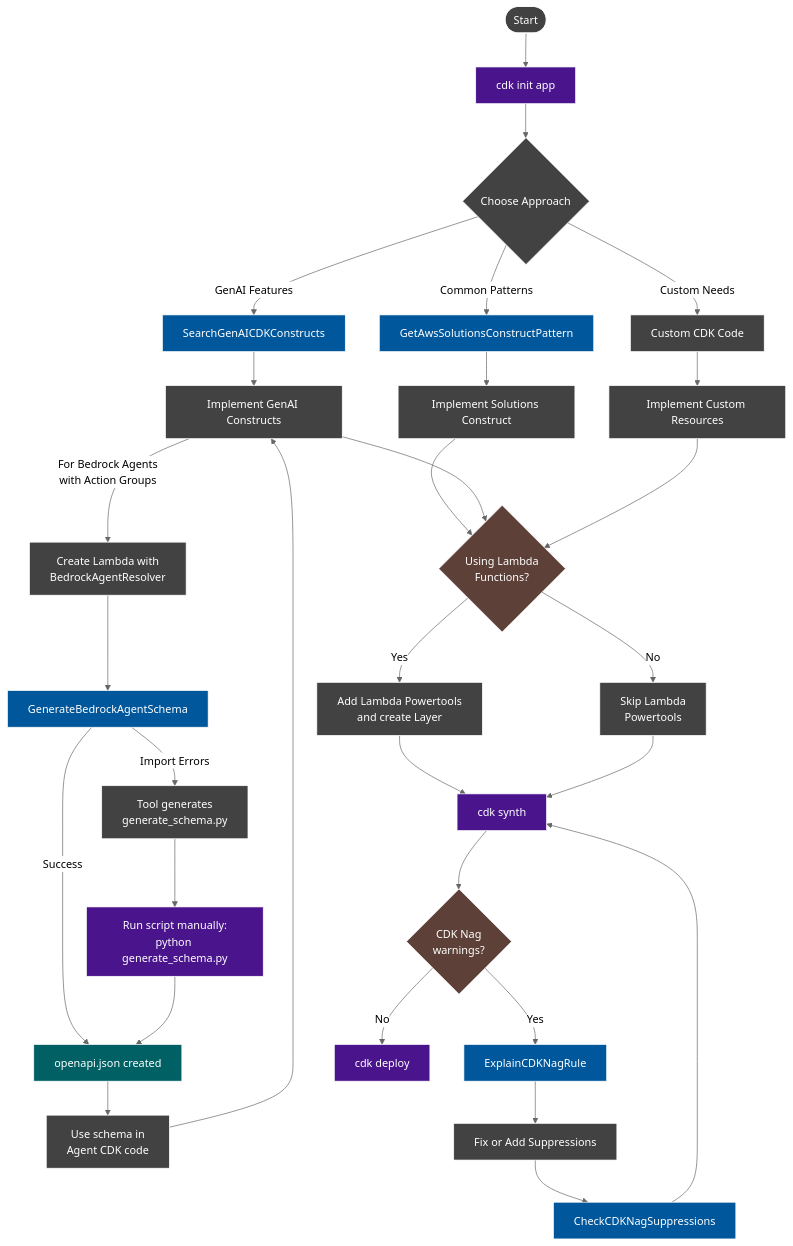
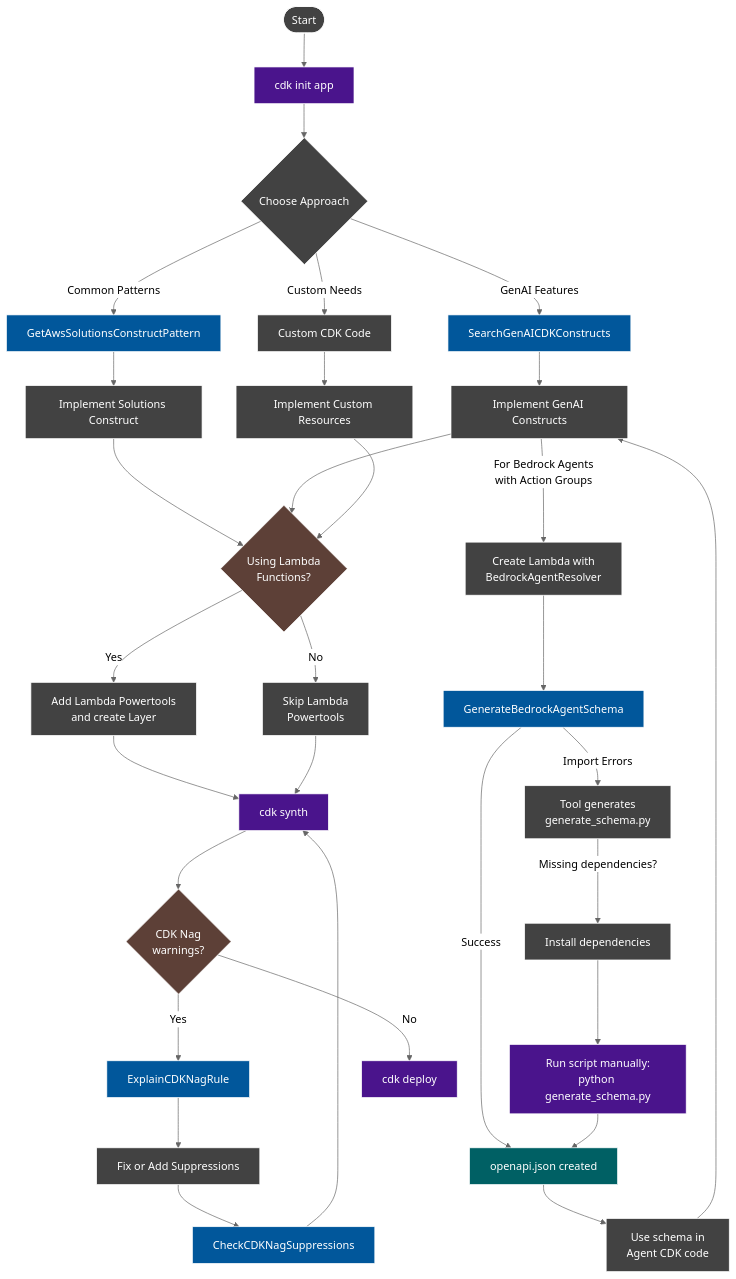
One commit to tonygitworld/costq-mcp-servers changed the diagram in src/cdk-mcp-server/README.md. Above: the diagram before and after it, drawn with Mermaid (neutral theme). The commit also changed other lines of this file and 3 other files, not shown here.

First line of the commit message:
feat(cdk-schema-generator): enhance Bedrock Agent Schema Generator UX (#92)

````diff
--- a/src/cdk-mcp-server/README.md
+++ b/src/cdk-mcp-server/README.md
@@ -41,57 +47,58 @@
 ```mermaid
 graph TD
     Start([Start]) --> Init["cdk init app"]
     
     Init --> B{Choose Approach}
     B -->|"Common Patterns"| C1["GetAwsSolutionsConstructPattern"]
     B -->|"GenAI Features"| C2["SearchGenAICDKConstructs"]
     B -->|"Custom Needs"| C3["Custom CDK Code"]
     
     C1 --> D1["Implement Solutions Construct"]
     C2 --> D2["Implement GenAI Constructs"]
     C3 --> D3["Implement Custom Resources"]
     
     %% Bedrock Agent with Action Groups specific flow
     D2 -->|"For Bedrock Agents<br/>with Action Groups"| BA["Create Lambda with<br/>BedrockAgentResolver"]
     
     %% Schema generation flow
     BA --> BS["GenerateBedrockAgentSchema"]
     BS -->|"Success"| JSON["openapi.json created"]
     BS -->|"Import Errors"| BSF["Tool generates<br/>generate_schema.py"]
-    BSF --> BSR["Run script manually:<br/>python generate_schema.py"]
+    BSF -->|"Missing dependencies?"| InstallDeps["Install dependencies"]
+    InstallDeps --> BSR["Run script manually:<br/>python generate_schema.py"]
     BSR --> JSON["openapi.json created"]
     
     %% Use schema in Agent CDK
     JSON --> AgentCDK["Use schema in<br/>Agent CDK code"]
     AgentCDK --> D2
     
     %% Conditional Lambda Powertools implementation
     D1 & D2 & D3 --> HasLambda{"Using Lambda<br/>Functions?"}
     HasLambda -->|"Yes"| L["Add Lambda Powertools<br/>and create Layer"]
     HasLambda -->|"No"| SkipL["Skip Lambda<br/>Powertools"]
     
     %% Rest of workflow
     L --> Synth["cdk synth"]
     SkipL --> Synth
     
     Synth --> Nag{"CDK Nag<br/>warnings?"}
     Nag -->|Yes| E["ExplainCDKNagRule"]
     Nag -->|No| Deploy["cdk deploy"]
     
     E --> Fix["Fix or Add Suppressions"]
     Fix --> CN["CheckCDKNagSuppressions"]
     CN --> Synth
     
     %% Styling with darker colors
     classDef default fill:#424242,stroke:#ffffff,stroke-width:1px,color:#ffffff;
     classDef cmd fill:#4a148c,stroke:#ffffff,stroke-width:1px,color:#ffffff;
     classDef tool fill:#01579b,stroke:#ffffff,stroke-width:1px,color:#ffffff;
     classDef note fill:#1b5e20,stroke:#ffffff,stroke-width:1px,color:#ffffff;
     classDef output fill:#006064,stroke:#ffffff,stroke-width:1px,color:#ffffff;
     classDef decision fill:#5d4037,stroke:#ffffff,stroke-width:1px,color:#ffffff;
     
     class Init,Synth,Deploy,BSR cmd;
     class C1,C2,BS,E,CN tool;
     class JSON output;
     class HasLambda,Nag decision;
 ```
````
